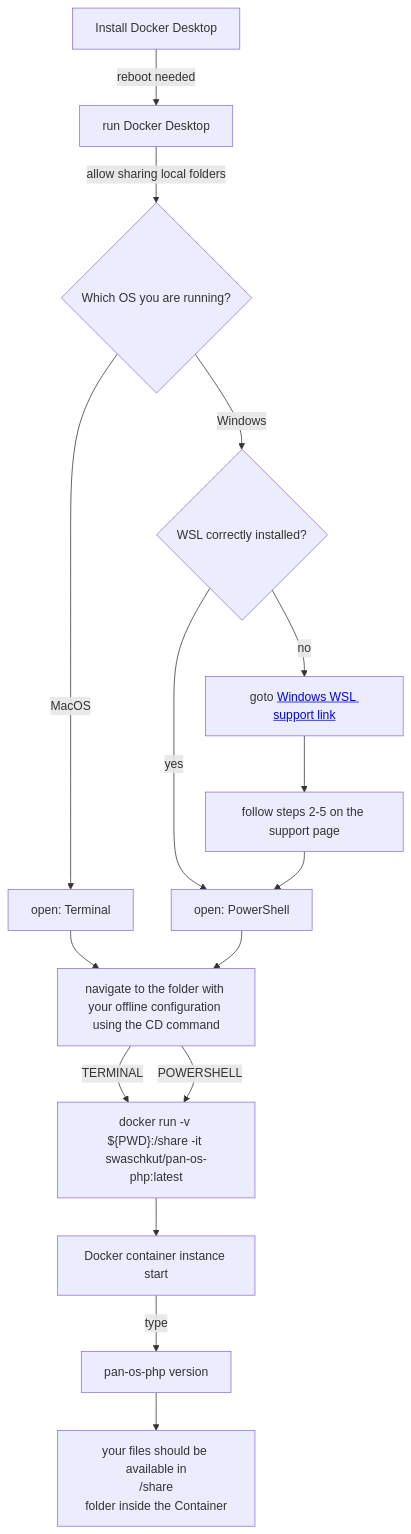
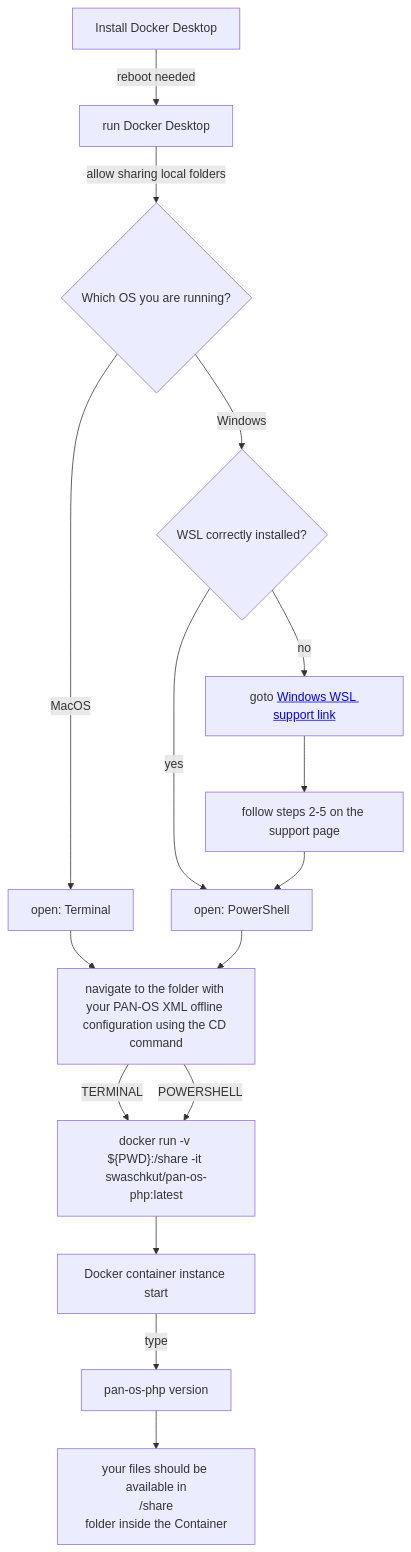
Before and after one commit to PaloAltoNetworks/pan-os-php: the diagram in READMEdocker.md, drawn with Mermaid. The commit also changed other lines of this file and 5 other files, not shown here.

````diff
--- a/READMEdocker.md
+++ b/READMEdocker.md
@@ -4,39 +4,39 @@
 ```mermaid
 graph TD
     
     
     BB[Install Docker Desktop] -->|reboot needed| BB1
     BB1[run Docker Desktop] -->|allow sharing local folders| CC1[which OS]
     
     
     CC1{Which OS you are running?} -->|MacOS| B1[open: Terminal]
     CC1{Which OS you are running?} -->|Windows| C1[check Docker]
     
     
-    B1 --> Z1[navigate to the folder with your offline configuration using the CD command]
+    B1 --> Z1[navigate to the folder with your PAN-OS XML offline configuration using the CD command]
        
  
     
     C1{WSL correctly installed?} -->|yes| F2[open: PowerShell]
     C1{WSL correctly installed?} -->|no| C3[goto <a href='https://docs.microsoft.com/en-gb/windows/wsl/install-manual'>Windows WSL support link</a>]
     
    
     
     C3 --> C7[follow steps 2-5 on the support page]    
     C7 --> F2[open: PowerShell]
 
    
    
-    F2 --> Z1[navigate to the folder with your offline configuration using the CD command]
+    F2 --> Z1[navigate to the folder with your PAN-OS XML offline configuration using the CD command]
     
     
     Z1 -->|TERMINAL| K1["docker run -v ${PWD}:/share -it swaschkut/pan-os-php:latest"]
     Z1 -->|POWERSHELL| K1["docker run -v ${PWD}:/share -it swaschkut/pan-os-php:latest"]
     
   
     
     K1 --> K3[Docker container instance start]
     K3 -->|type| R[pan-os-php version]
     
     R --> S[your files should be available in<br />/share<br />folder inside the Container]
 ```
````
